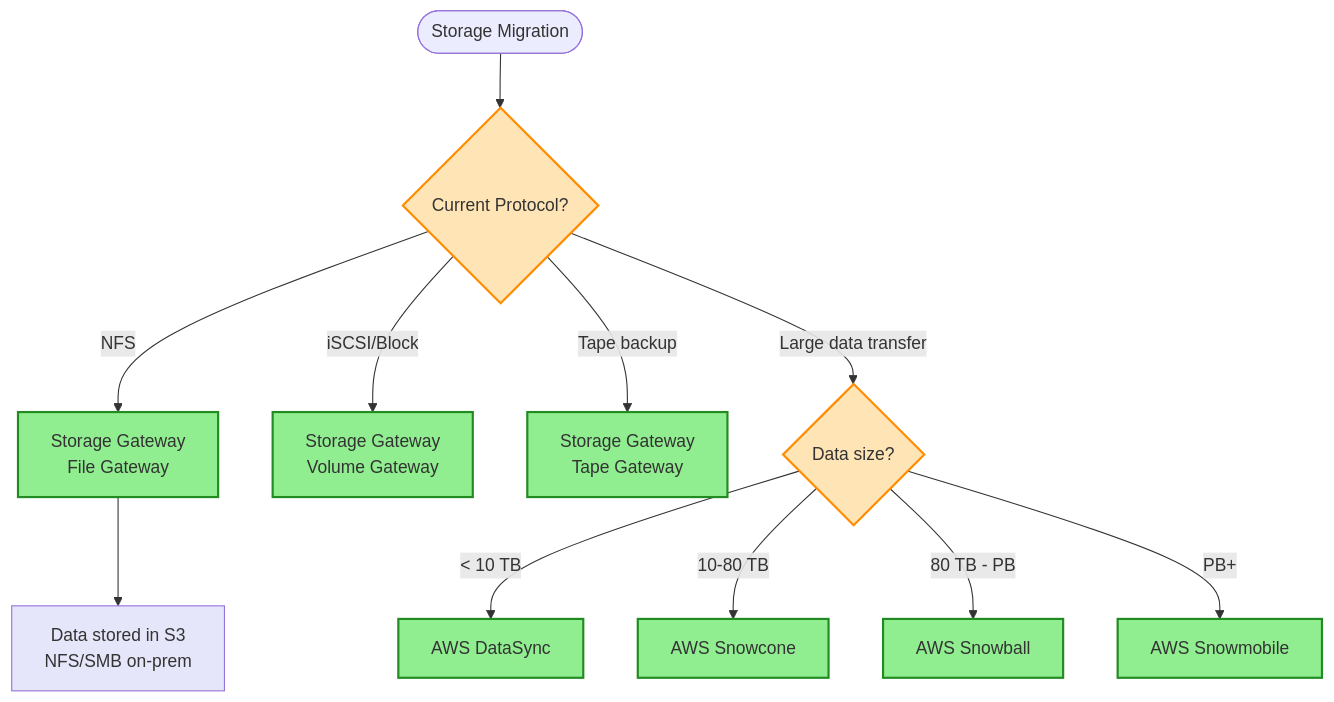
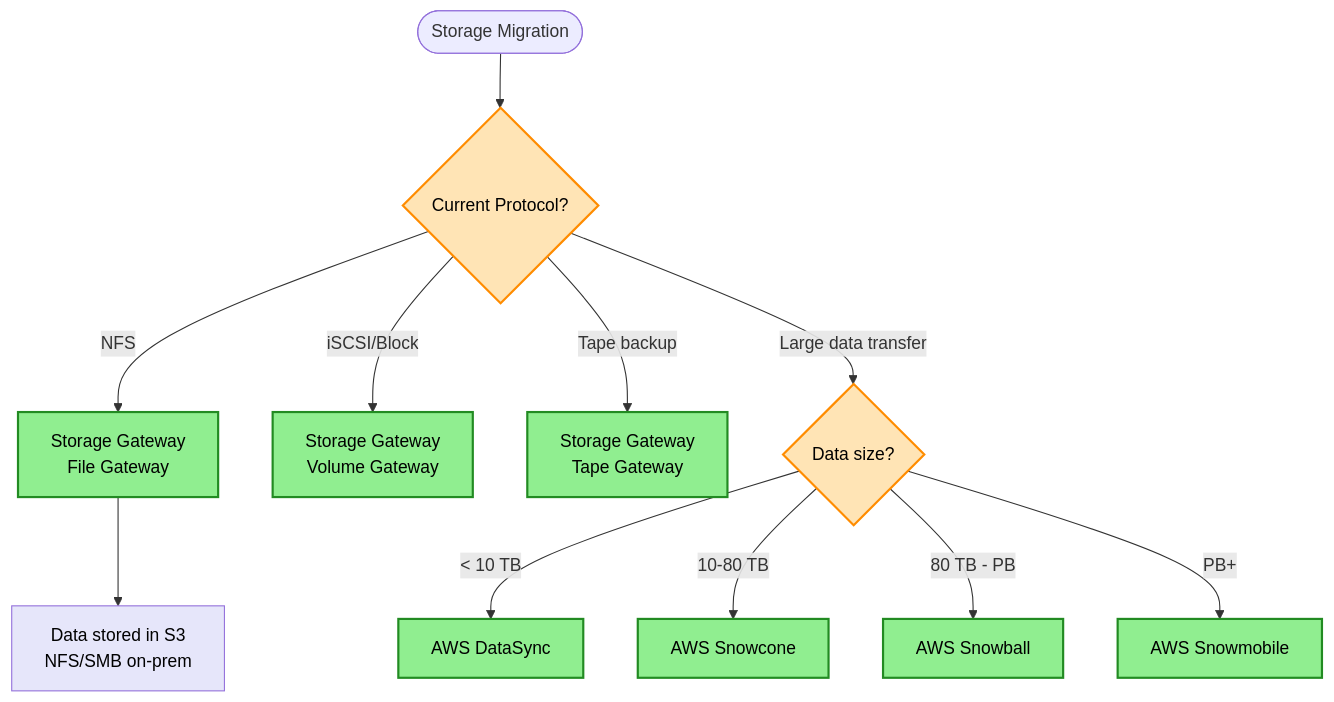
Before and after one commit to intelliswarm-ai/aws-architectures: the second of 3 diagrams in aws-architecture-decisions/diagrams/migration-decisions.md, drawn with Mermaid. The commit also changed other lines of this file and 13 other files, not shown here.

````diff
--- a/aws-architecture-decisions/diagrams/migration-decisions.md
+++ b/aws-architecture-decisions/diagrams/migration-decisions.md
@@ -33,25 +33,25 @@
 ```mermaid
 flowchart TD
     Start([Storage Migration]) --> Q1{Current Protocol?}
 
     Q1 -->|NFS| FILE_GW[Storage Gateway<br/>File Gateway]
     Q1 -->|iSCSI/Block| VOLUME_GW[Storage Gateway<br/>Volume Gateway]
     Q1 -->|Tape backup| TAPE_GW[Storage Gateway<br/>Tape Gateway]
     Q1 -->|Large data transfer| Q2{Data size?}
 
     Q2 -->|< 10 TB| DATASYNC[AWS DataSync]
     Q2 -->|10-80 TB| SNOWCONE[AWS Snowcone]
     Q2 -->|80 TB - PB| SNOWBALL[AWS Snowball]
     Q2 -->|PB+| SNOWMOBILE[AWS Snowmobile]
 
     FILE_GW --> S3_DEST[Data stored in S3<br/>NFS/SMB on-prem]
 
     %% Styling
-    classDef service fill:#90EE90,stroke:#228B22,stroke-width:2px
-    classDef dest fill:#E6E6FA,stroke:#9370DB,stroke-width:1px
-    classDef question fill:#FFE4B5,stroke:#FF8C00,stroke-width:2px
+    classDef service fill:#90EE90,stroke:#228B22,stroke-width:2px,color:#000000
+    classDef dest fill:#E6E6FA,stroke:#9370DB,stroke-width:1px,color:#000000
+    classDef question fill:#FFE4B5,stroke:#FF8C00,stroke-width:2px,color:#000000
 
     class Q1,Q2 question
     class FILE_GW,VOLUME_GW,TAPE_GW,DATASYNC,SNOWCONE,SNOWBALL,SNOWMOBILE service
     class S3_DEST dest
 ```
````
